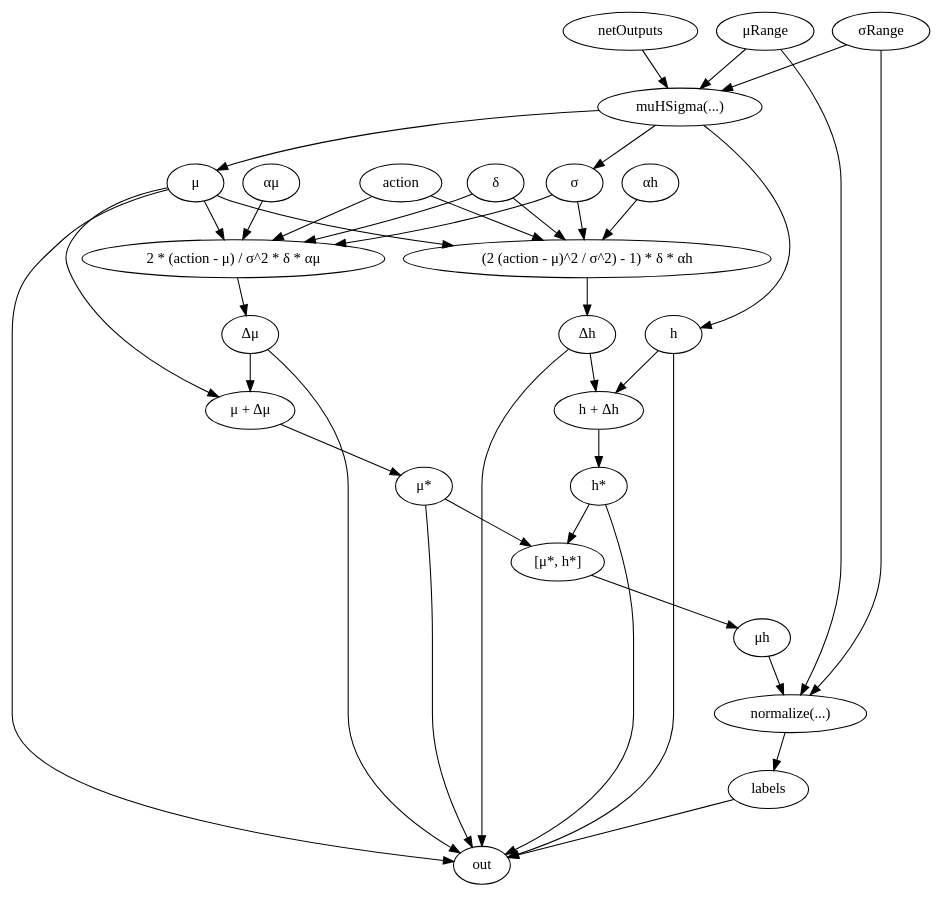
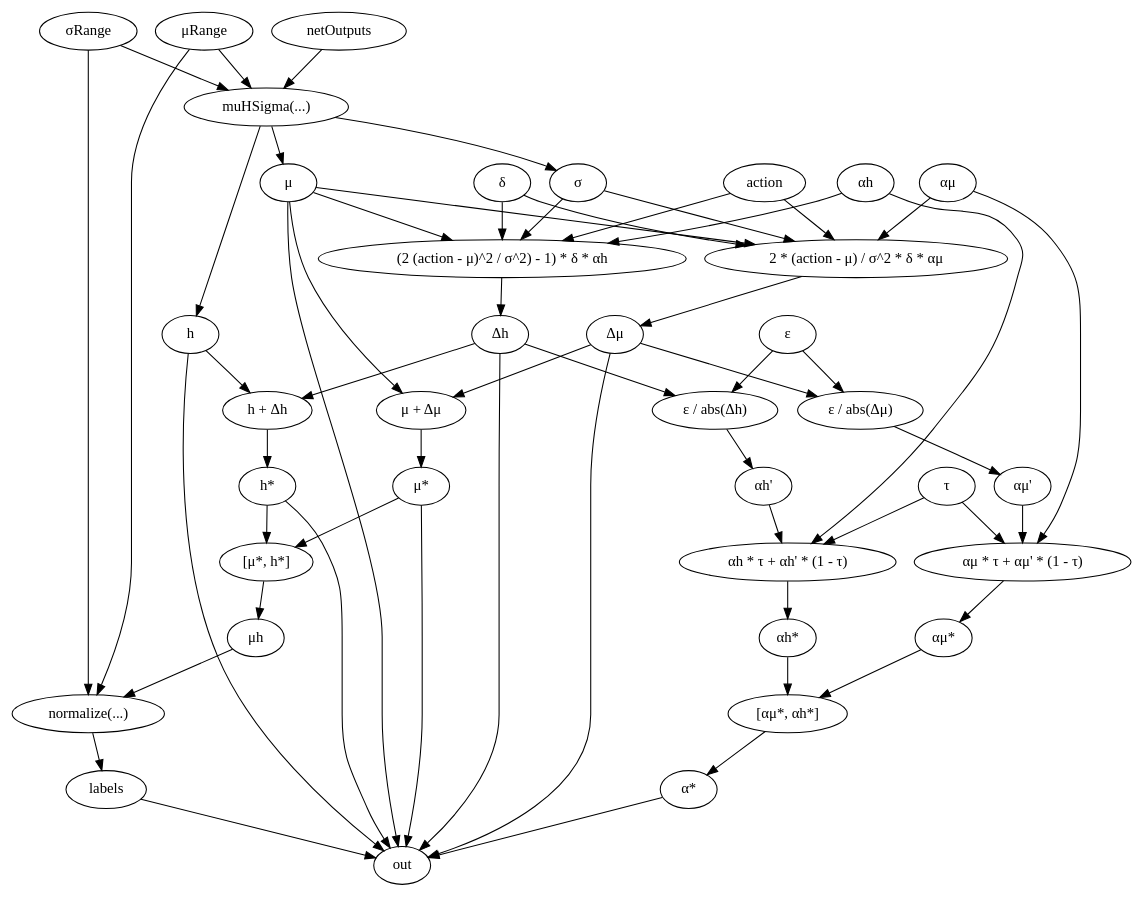
Before and after one commit to m-marini/scalarl: the fourth of 10 diagrams in docs/Charts.md, drawn with Graphviz. The commit also changed other lines of this file and 28 other files, not shown here.

````diff
--- a/docs/Charts.md
+++ b/docs/Charts.md
@@ -182,12 +202,47 @@
     flabels->labels
     flabels [label="normalize(...)"]
 
+    deltaMu->falphaMu1
+    epsilon->falphaMu1
+    falphaMu1->alphaMu1
+    epsilon [label="&epsilon;"]
+    alphaMu1 [label="&alpha;&mu;'"]
+    falphaMu1 [label="&epsilon; / abs(&Delta;&mu;)"]
+
+    alphaMu1->falphaMuStar
+    alphaMu->falphaMuStar
+    falphaMuStar->alphaMuStar
+    tau->falphaMuStar
+    alphaMuStar [label="&alpha;&mu;*"]
+    tau [label="&tau;"]
+    falphaMuStar [label="&alpha;&mu; * &tau; + &alpha;&mu;' * (1 - &tau;)"]
+    
+    deltaH->falphaH1
+    epsilon->falphaH1
+    falphaH1->alphaH1
+    alphaH1 [label="&alpha;h'"]
+    falphaH1 [label="&epsilon; / abs(&Delta;h)"]
+
+    alphaH1->falphaHStar
+    alphaH->falphaHStar
+    tau->falphaHStar
+    falphaHStar->alphaHStar
+    alphaHStar [label="&alpha;h*"]
+    falphaHStar [label="&alpha;h * &tau; + &alpha;h' * (1 - &tau;)"]
+
+    alphaMuStar->fcatAlpha
+    alphaHStar->fcatAlpha
+    fcatAlpha->alphaStar
+    alphaStar [label="&alpha;*"]
+    fcatAlpha [label="[&alpha;&mu;*, &alpha;h*]"]
+
     labels->out
     muStar->out
     hStar->out
     deltaMu->out
     deltaH->out
     mu->out
+    alphaStar->out
     h->out
 }
 ```
````
